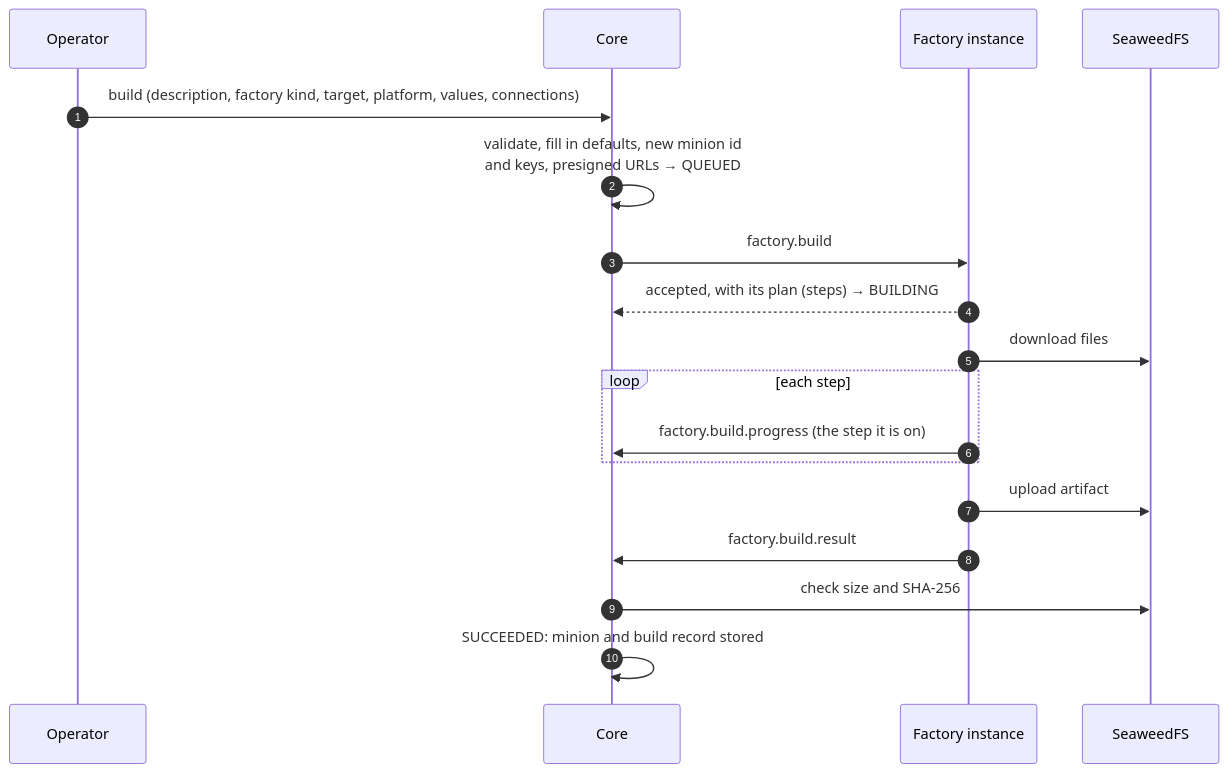
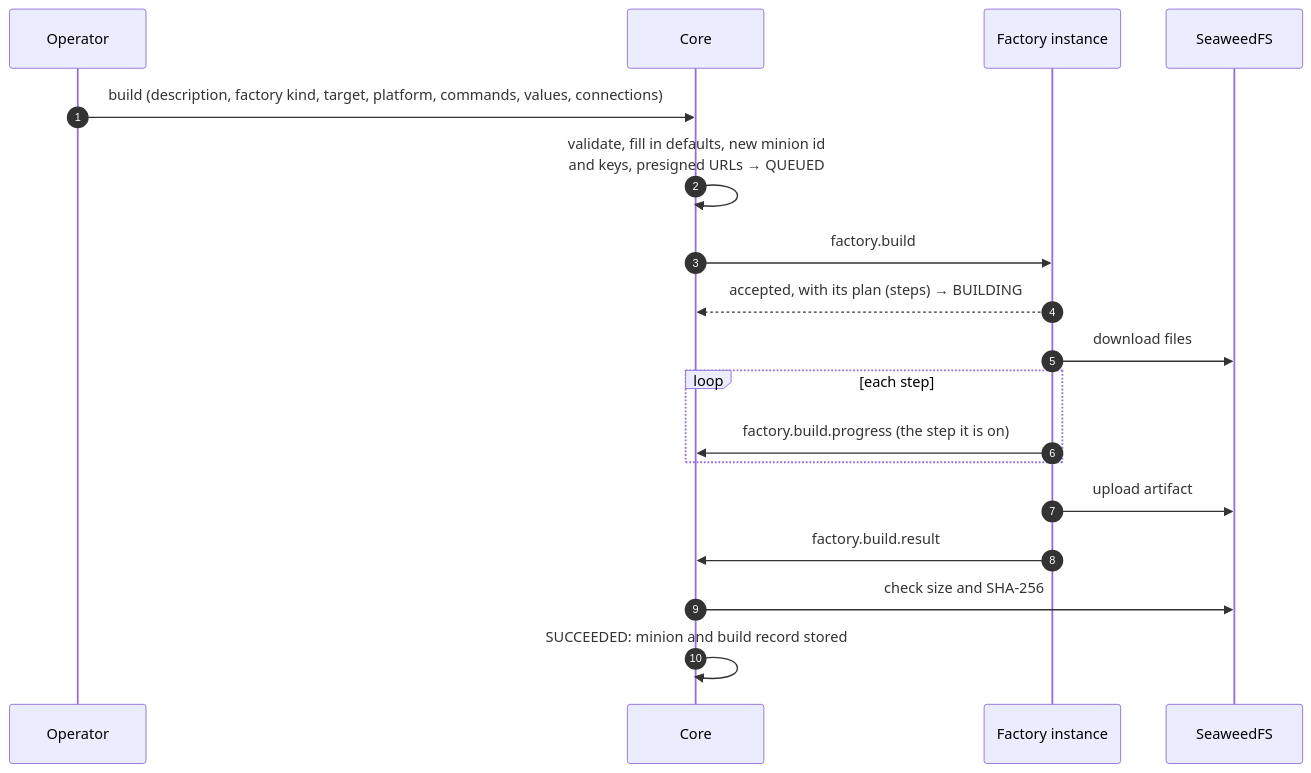
One commit to LogosCore/logos-docs changed the second of 2 diagrams in src/content/docs/contracts/minion-build.md. Above: the diagram before and after it, drawn with Mermaid. The commit also changed other lines of this file and 1 other file, not shown here.

First line of the commit message:
Minion build: commands declared by the factory, picked per build

````diff
--- a/src/content/docs/contracts/minion-build.md
+++ b/src/content/docs/contracts/minion-build.md
@@ -213,20 +262,20 @@
 ```mermaid
 sequenceDiagram
     autonumber
     participant OP as Operator
     participant CORE as Core
     participant F as Factory instance
     participant S3 as SeaweedFS
-    OP->>CORE: build (description, factory kind, target, platform, values, connections)
+    OP->>CORE: build (description, factory kind, target, platform, commands, values, connections)
     CORE->>CORE: validate, fill in defaults, new minion id<br/>and keys, presigned URLs → QUEUED
     CORE->>F: factory.build
     F-->>CORE: accepted, with its plan (steps) → BUILDING
     F->>S3: download files
     loop each step
         F->>CORE: factory.build.progress (the step it is on)
     end
     F->>S3: upload artifact
     F->>CORE: factory.build.result
     CORE->>S3: check size and SHA-256
     CORE->>CORE: SUCCEEDED: minion and build record stored
 ```
````
